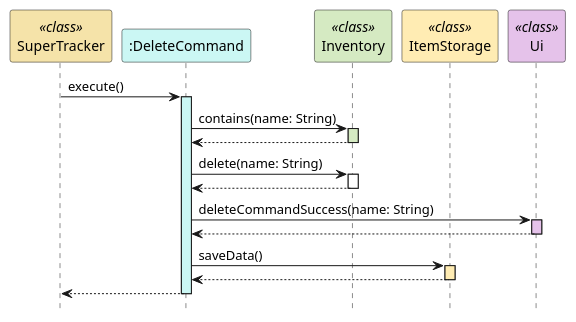
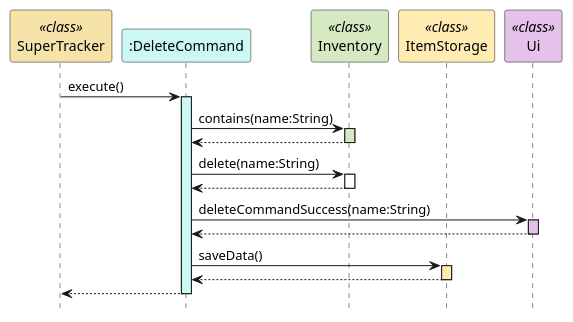
One commit to rismm/tp changed the second of 2 diagrams in docs/uml-diagrams/DeleteCommand.puml. Above: the diagram before and after it, drawn with PlantUML. The commit also changed other lines of this file and 19 other files, not shown here.

```diff
--- a/docs/uml-diagrams/DeleteCommand.puml
+++ b/docs/uml-diagrams/DeleteCommand.puml
@@ -52,33 +52,33 @@
 @startuml
 hide footbox
 participant "SuperTracker" as SuperTracker <<class>> #f5e3a9
 participant ":DeleteCommand" as DeleteCommand #cbf7f4
 participant "Inventory" as Inventory <<class>> #d5eac2
 participant "ItemStorage" as ItemStorage <<class>> #ffecb3
 participant "Ui" as Ui <<class>> #e5c2ea
 
 SuperTracker -> DeleteCommand : execute()
 activate DeleteCommand #cbf7f4
 
-DeleteCommand -> Inventory : contains(name: String)
+DeleteCommand -> Inventory : contains(name:String)
 activate Inventory #d5eac2
 Inventory --> DeleteCommand :
 deactivate Inventory
 
-DeleteCommand -> Inventory : delete(name: String)
+DeleteCommand -> Inventory : delete(name:String)
 activate Inventory
 Inventory --> DeleteCommand
 deactivate Inventory
 
-DeleteCommand -> Ui : deleteCommandSuccess(name: String)
+DeleteCommand -> Ui : deleteCommandSuccess(name:String)
 activate Ui #e5c2ea
 Ui --> DeleteCommand
 deactivate Ui
 
 DeleteCommand -> ItemStorage : saveData()
 activate ItemStorage #ffecb3
 ItemStorage --> DeleteCommand
 deactivate ItemStorage
 DeleteCommand --> SuperTracker
 deactivate DeleteCommand
 @enduml
```
